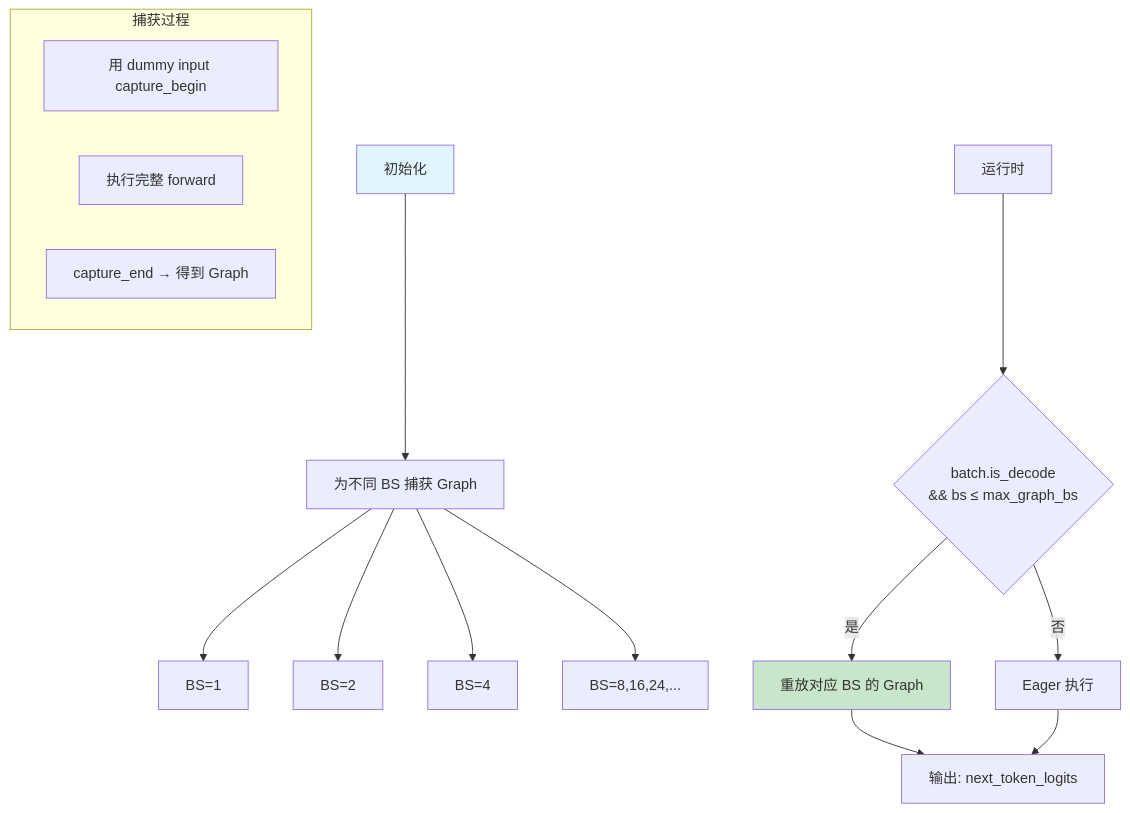
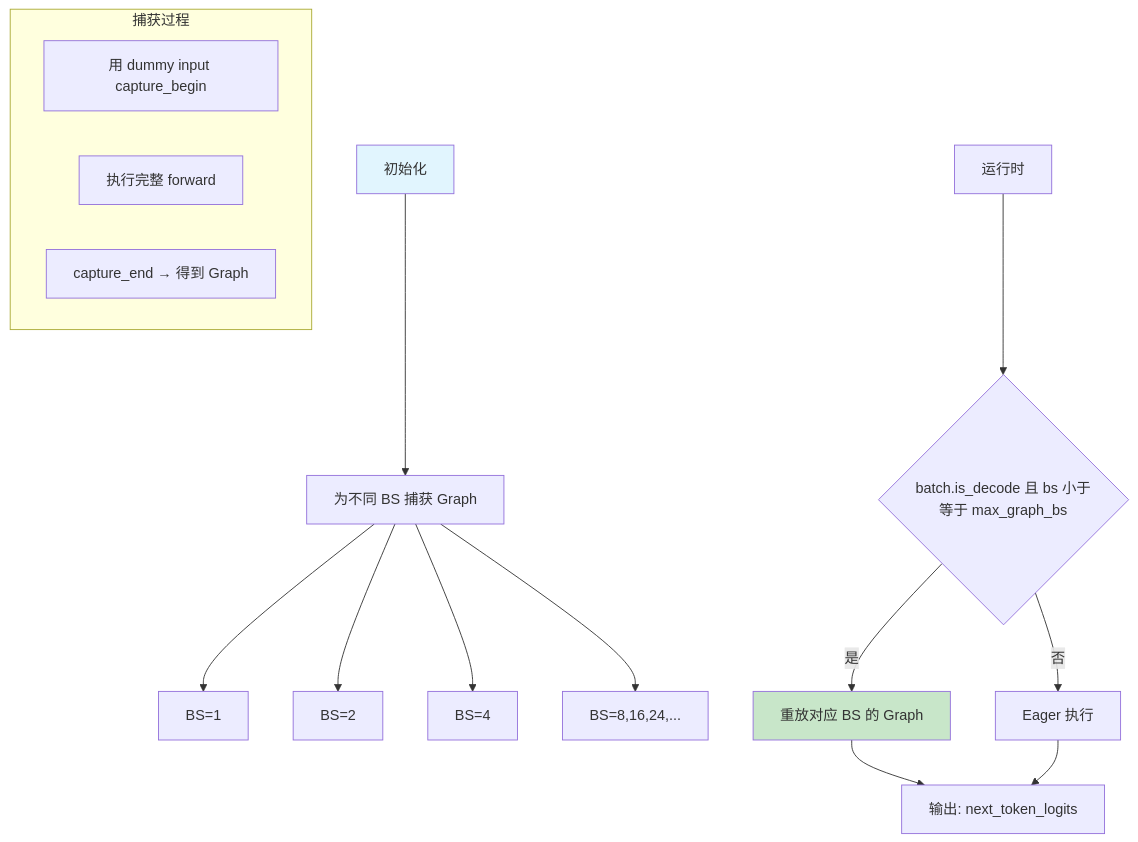
Diagram 13 of 31 in docs/mini-sglang-learning-guide.md (ArronHZG/mini-sglang), drawn with Mermaid before and after one commit. The commit also changed other lines of this file, not shown here.

````diff
--- a/docs/mini-sglang-learning-guide.md
+++ b/docs/mini-sglang-learning-guide.md
@@ -519,22 +525,22 @@
 ```mermaid
 graph TB
     INIT["初始化"] --> CAPTURE["为不同 BS 捕获 Graph"]
     CAPTURE --> BS1["BS=1"]
     CAPTURE --> BS2["BS=2"]
     CAPTURE --> BS4["BS=4"]
     CAPTURE --> BSN["BS=8,16,24,..."]
-    RUNTIME["运行时"] --> CHECK{"batch.is_decode<br/>&& bs ≤ max_graph_bs"}
+    RUNTIME["运行时"] --> CHECK{"batch.is_decode 且 bs 小于等于 max_graph_bs"}
     CHECK -->|是| REPLAY["重放对应 BS 的 Graph"]
     CHECK -->|否| EAGER["Eager 执行"]
 
     subgraph CaptureDetail["捕获过程"]
         C1["用 dummy input capture_begin"]
         C2["执行完整 forward"]
         C3["capture_end → 得到 Graph"]
     end
 
     REPLAY --> OUT["输出: next_token_logits"]
     EAGER --> OUT
     style INIT fill: #e1f5fe
     style REPLAY fill: #c8e6c9
 ```
````
